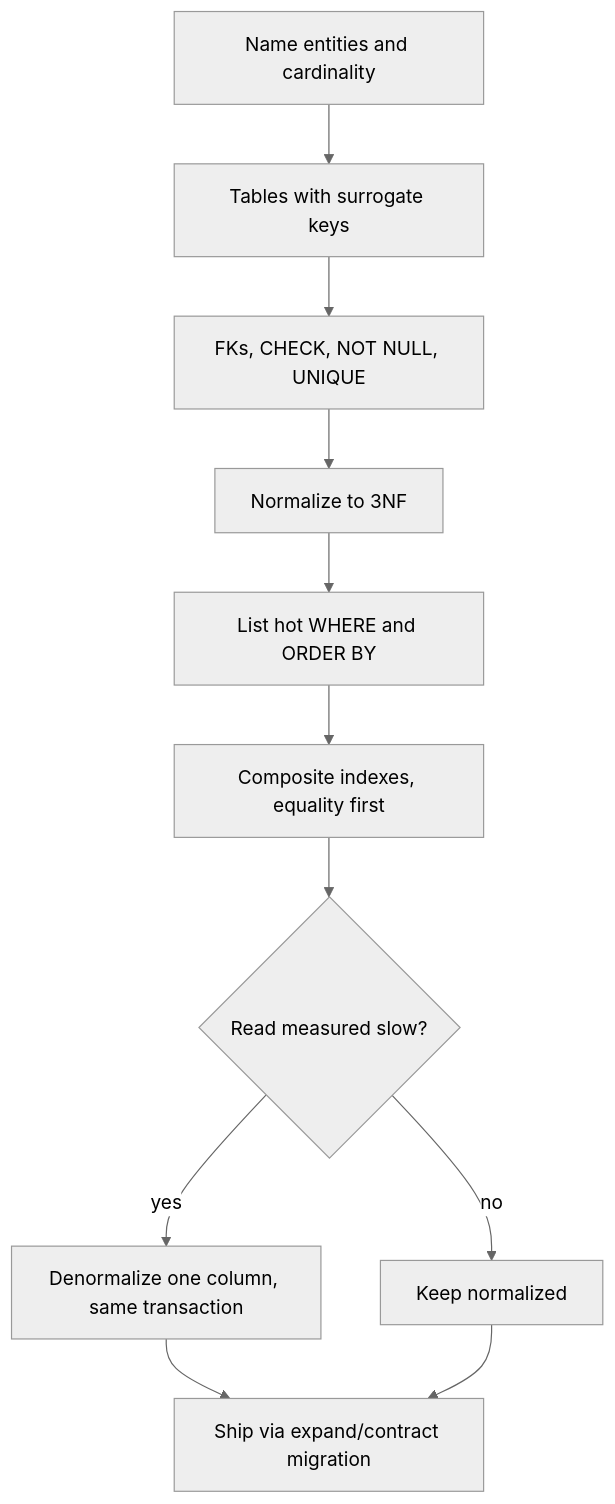
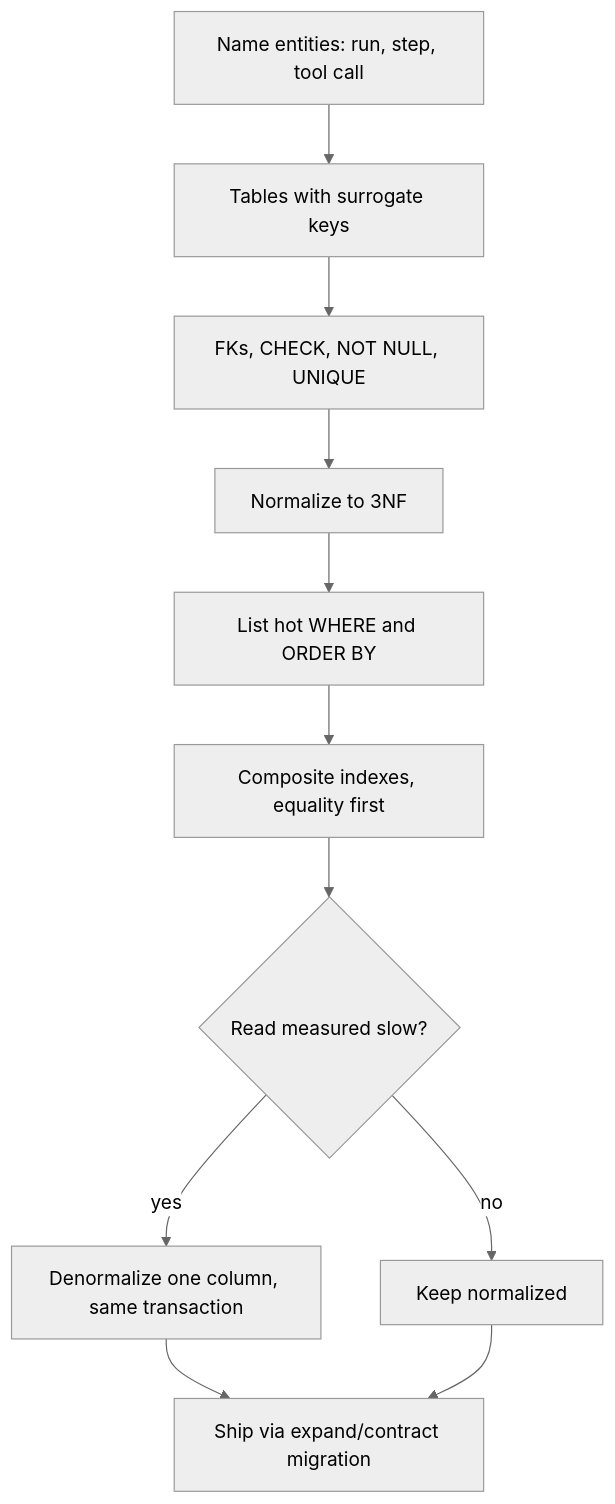
The diagram in content/backend-fundamentals/database-design.md (lovishmahajan97/agentic-learning), drawn with Mermaid (neutral theme) before and after one commit. The commit also changed other lines of this file and 266 other files, not shown here.

````diff
--- a/content/backend-fundamentals/database-design.md
+++ b/content/backend-fundamentals/database-design.md
@@ -139,13 +173,13 @@
 ```mermaid
 flowchart TD
-    N["Name entities and cardinality"] --> K["Tables with surrogate keys"]
+    N["Name entities: run, step, tool call"] --> K["Tables with surrogate keys"]
     K --> C["FKs, CHECK, NOT NULL, UNIQUE"]
     C --> NF["Normalize to 3NF"]
     NF --> Q["List hot WHERE and ORDER BY"]
     Q --> I["Composite indexes, equality first"]
     I --> M{"Read measured slow?"}
     M -->|"yes"| D["Denormalize one column, same transaction"]
     M -->|"no"| KEEP["Keep normalized"]
     D --> E["Ship via expand/contract migration"]
     KEEP --> E
 ```
````
